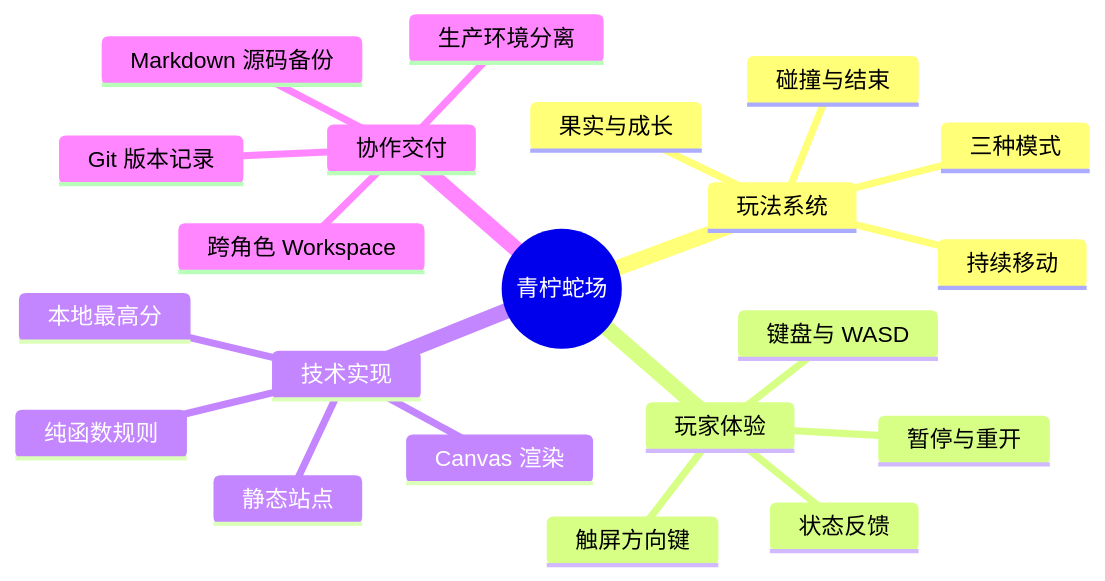
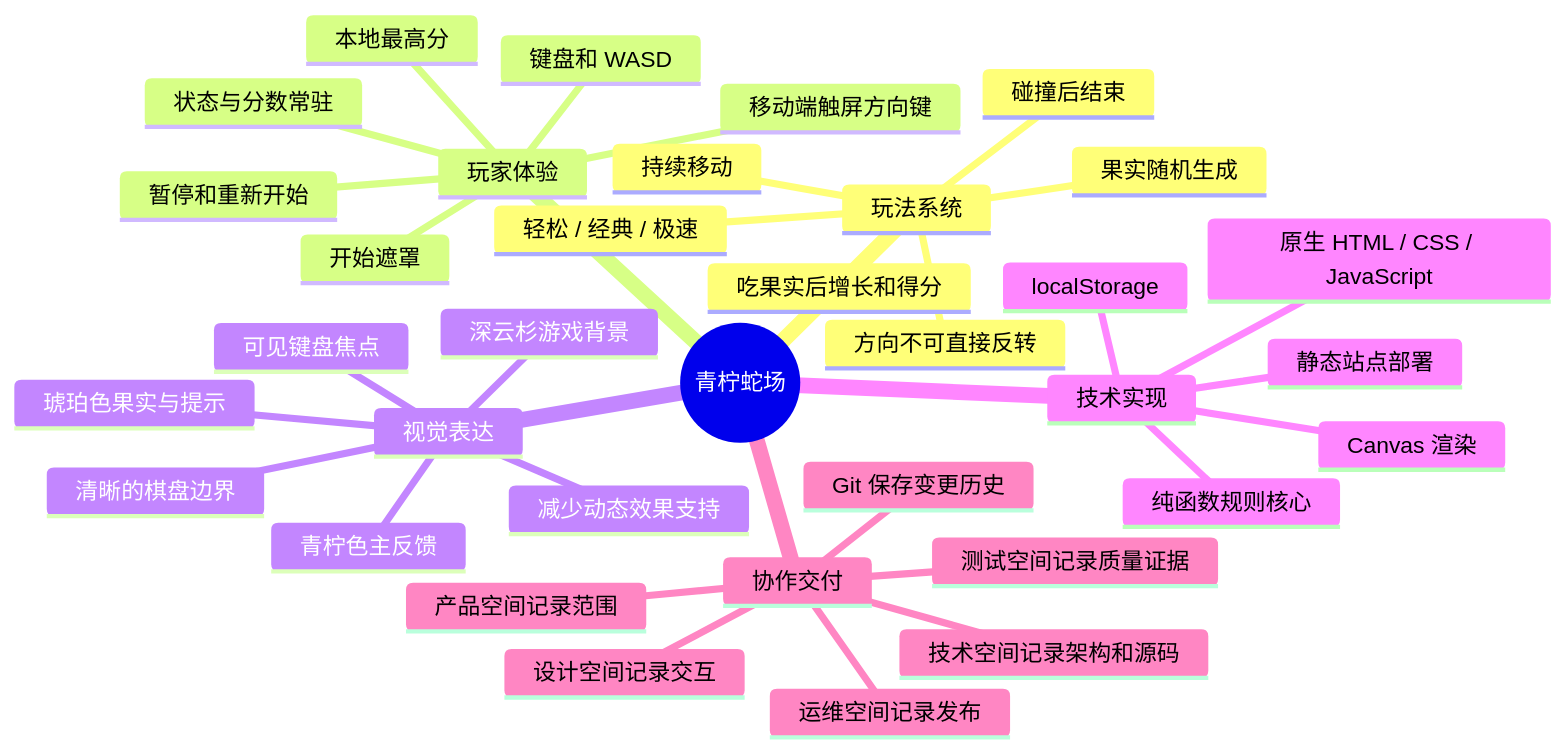
The third of 3 diagrams in workspace-template/设计空间/交互设计/青柠蛇场-制作启动展示交互.md (pokezhiyu/AI2CC), drawn with Mermaid before and after one commit. The commit also changed other lines of this file and 13 other files, not shown here.

````diff
--- a/workspace-template/设计空间/交互设计/青柠蛇场-制作启动展示交互.md
+++ b/workspace-template/设计空间/交互设计/青柠蛇场-制作启动展示交互.md
@@ -55,24 +101,38 @@
 ```mermaid
 mindmap
   root((青柠蛇场))
     玩法系统
       持续移动
-      果实与成长
-      碰撞与结束
-      三种模式
+      方向不可直接反转
+      果实随机生成
+      吃果实后增长和得分
+      碰撞后结束
+      轻松 / 经典 / 极速
     玩家体验
-      键盘与 WASD
-      触屏方向键
-      暂停与重开
-      状态反馈
+      开始遮罩
+      状态与分数常驻
+      键盘和 WASD
+      移动端触屏方向键
+      暂停和重新开始
+      本地最高分
+    视觉表达
+      深云杉游戏背景
+      青柠色主反馈
+      琥珀色果实与提示
+      清晰的棋盘边界
+      可见键盘焦点
+      减少动态效果支持
     技术实现
-      纯函数规则
+      原生 HTML / CSS / JavaScript
       Canvas 渲染
-      本地最高分
-      静态站点
+      纯函数规则核心
+      localStorage
+      静态站点部署
     协作交付
-      跨角色 Workspace
-      Git 版本记录
-      Markdown 源码备份
-      生产环境分离
+      产品空间记录范围
+      设计空间记录交互
+      技术空间记录架构和源码
+      测试空间记录质量证据
+      运维空间记录发布
+      Git 保存变更历史
 ```
````
